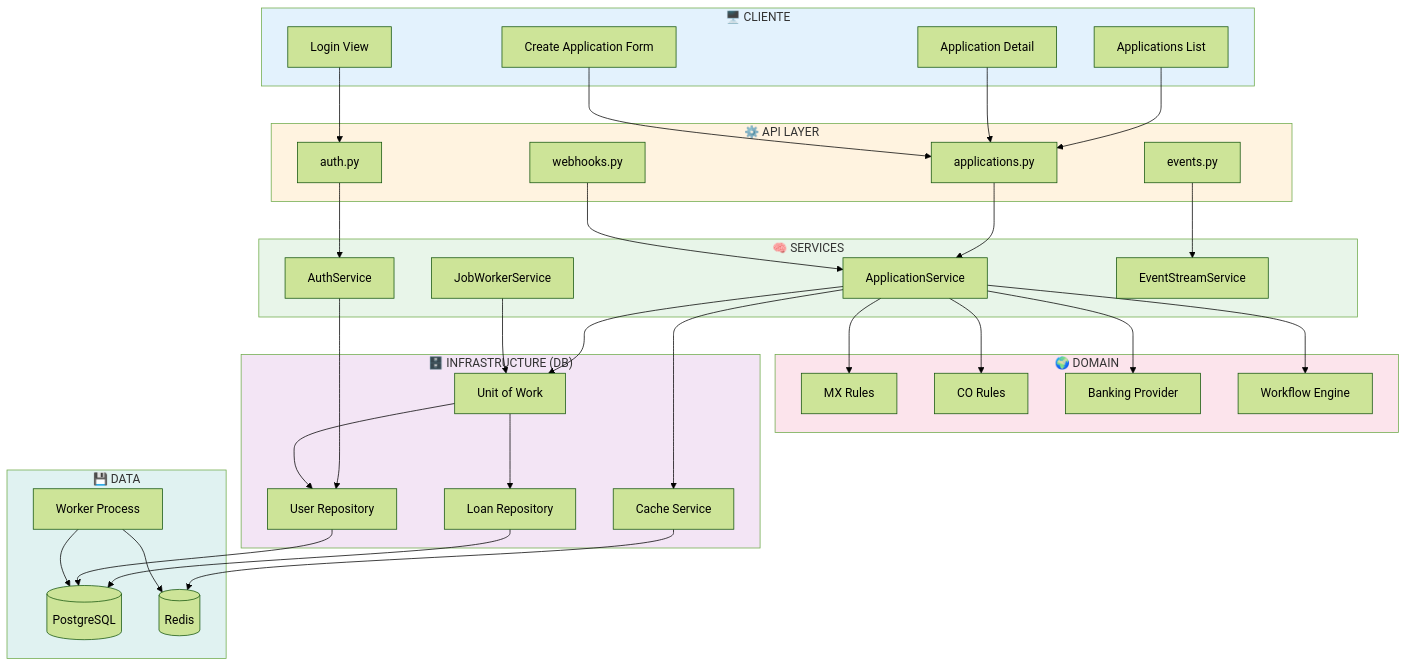
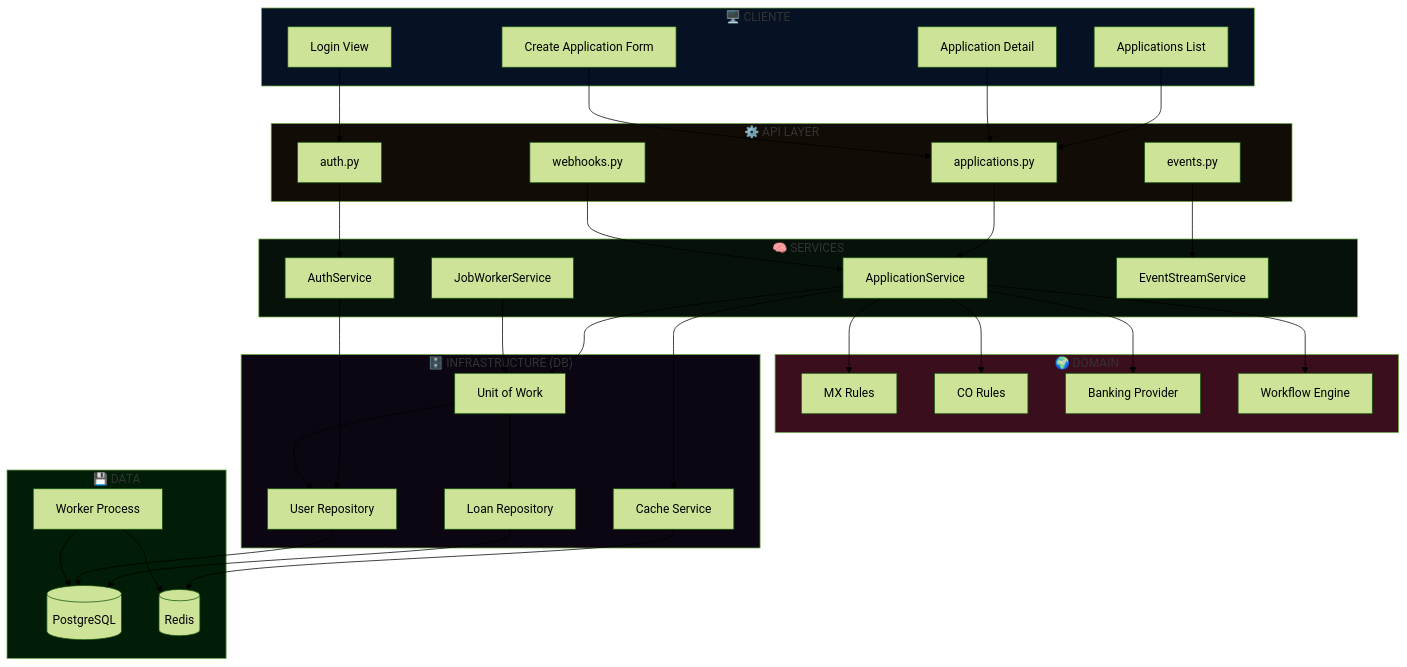
Before and after one commit to eduardocota2/fintech-test: the diagram in README.md, drawn with Mermaid (forest theme).

Commit message:
1. Fixed background color of diagram

````diff
--- a/README.md
+++ b/README.md
@@ -117,78 +117,78 @@
 ```mermaid
 flowchart TB
     subgraph Client["🖥️ CLIENTE"]
         C1[Login View]
         C2[Applications List]
         C3[Application Detail]
         C4[Create Application Form]
     end
     
     subgraph API["⚙️ API LAYER"]
         R1[auth.py]
         R2[applications.py]
         R3[events.py]
         R4[webhooks.py]
     end
     
     subgraph Services["🧠 SERVICES"]
         S1[AuthService]
         S2[ApplicationService]
         S3[JobWorkerService]
         S4[EventStreamService]
     end
     
     subgraph Domain["🌍 DOMAIN"]
         D1[MX Rules]
         D2[CO Rules]
         D3[Banking Provider]
         D4[Workflow Engine]
     end
     
     subgraph Infra["🗄️ INFRASTRUCTURE (DB)"]
         I1[Unit of Work]
         I2[Loan Repository]
         I3[User Repository]
         I4[Cache Service]
     end
     
     subgraph Data["💾 DATA"]
         DB[(PostgreSQL)]
         RD[(Redis)]
         WK[Worker Process]
     end
     
     C1 --> R1
     C2 --> R2
     C3 --> R2
     C4 --> R2
     
     R1 --> S1
     R2 --> S2
     R3 --> S4
     R4 --> S2
     
     S1 --> I3
     S2 --> D1
     S2 --> D2
     S2 --> D3
     S2 --> D4
     S2 --> I1
     S3 --> I1
     
     I1 --> I2
     I1 --> I3
     I2 --> DB
     I3 --> DB
     I4 --> RD
     
     S2 --> I4
     WK --> DB
     WK --> RD
     
-    style Client fill:#e3f2fd
-    style API fill:#fff3e0
-    style Services fill:#e8f5e9
-    style Domain fill:#fce4ec
-    style Infra fill:#f3e5f5
-    style Data fill:#e0f2f1
+    style Client fill:#071124
+    style API fill:#120c06
+    style Services fill:#061209
+    style Domain fill:#3b0e1e
+    style Infra fill:#0c0612
+    style Data fill:#011c07
 ```
````
